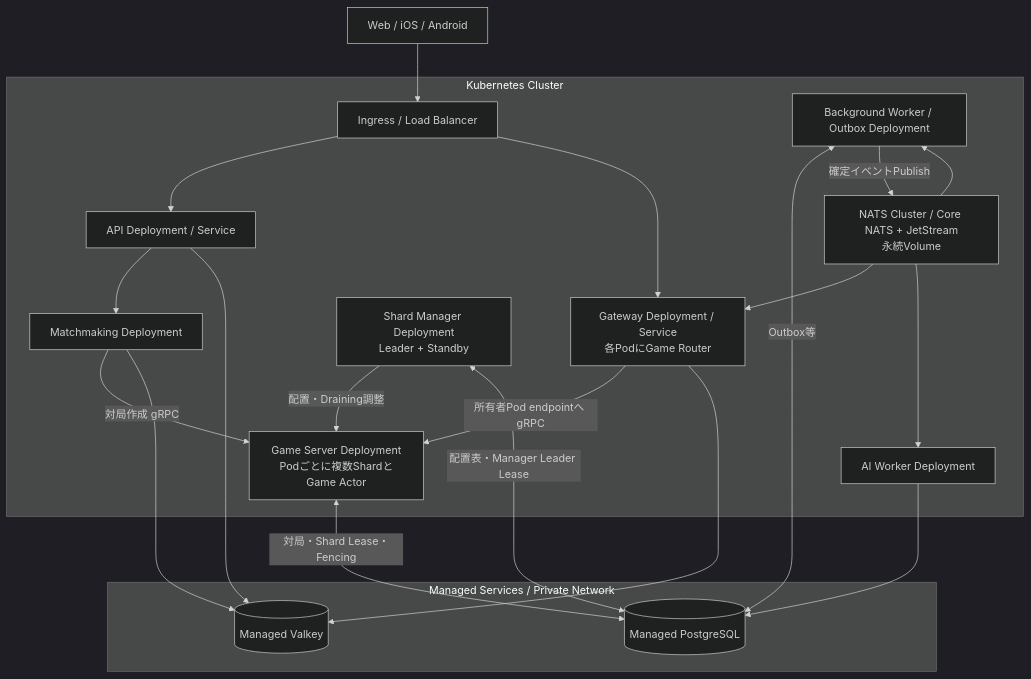
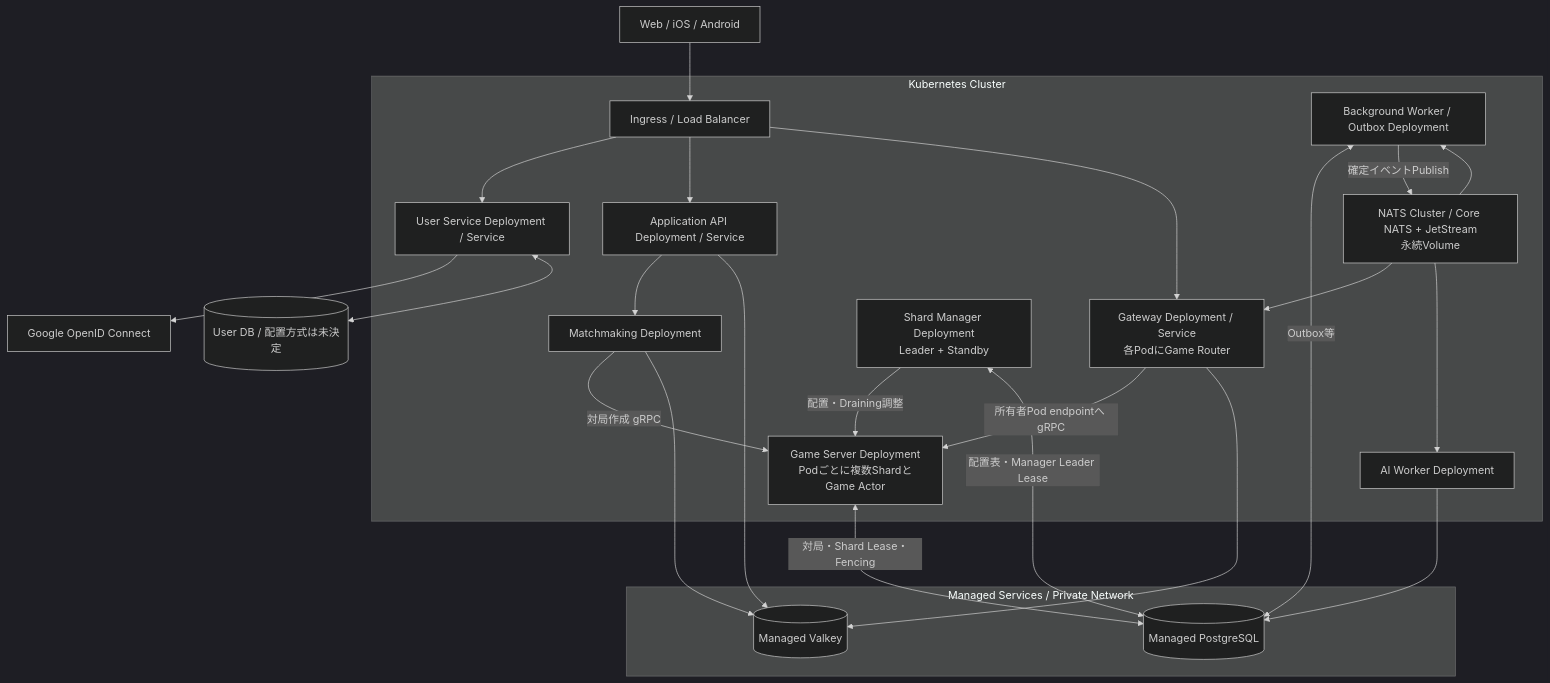
Before and after one commit to take44444/shogi-backend: the sixth of 6 diagrams in docs/design/architecture.md, drawn with Mermaid (dark theme). The commit also changed other lines of this file and 3 other files, not shown here.

````diff
--- a/docs/design/architecture.md
+++ b/docs/design/architecture.md
@@ -498,33 +536,36 @@
 ```mermaid
 flowchart TB
   CLIENT[Web / iOS / Android] --> INGRESS[Ingress / Load Balancer]
   subgraph K8S[Kubernetes Cluster]
-    INGRESS --> API[API Deployment / Service]
+    INGRESS --> USER[User Service Deployment / Service]
+    INGRESS --> API[Application API Deployment / Service]
     INGRESS --> GW[Gateway Deployment / Service<br/>各PodにGame Router]
     MATCH[Matchmaking Deployment]
     GAME[Game Server Deployment<br/>Podごとに複数ShardとGame Actor]
     SM[Shard Manager Deployment<br/>Leader + Standby]
     AI[AI Worker Deployment]
     BG[Background Worker / Outbox Deployment]
     NATS[NATS Cluster / Core NATS + JetStream<br/>永続Volume]
     GW -->|所有者Pod endpointへ gRPC| GAME
     API --> MATCH
     MATCH -->|対局作成 gRPC| GAME
     SM -->|配置・Draining調整| GAME
     NATS --> GW
     NATS --> AI
     NATS --> BG
   end
   subgraph MANAGED[Managed Services / Private Network]
     VALKEY[(Managed Valkey)]
     PG[(Managed PostgreSQL)]
   end
   GW --> VALKEY
   API --> VALKEY
   MATCH --> VALKEY
   SM <-->|配置表・Manager Leader Lease| PG
   GAME <-->|対局・Shard Lease・Fencing| PG
   BG <-->|Outbox等| PG
   BG -->|確定イベントPublish| NATS
   AI --> PG
+  USER --> GOOGLE[Google OpenID Connect]
+  USER <--> USERDB[(User DB / 配置方式は未決定)]
 ```
````
